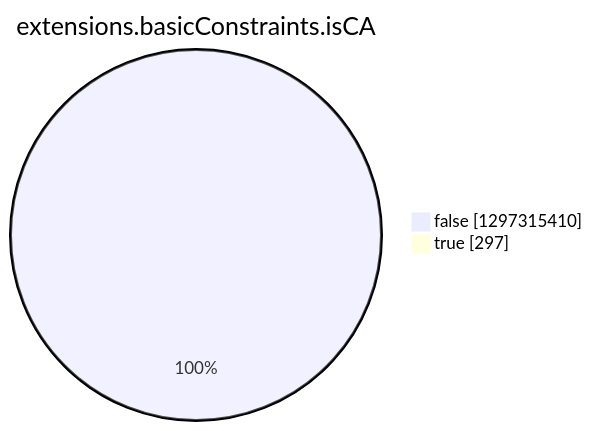
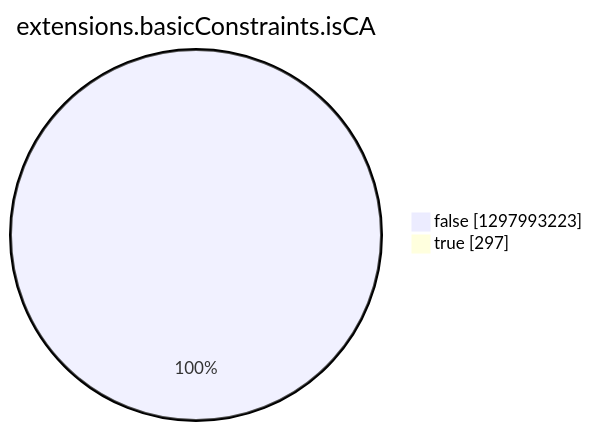
The eighth of 15 diagrams in argon2022/README.md (christiankrug/ctmonitor_visualization), drawn with Mermaid before and after one commit. The commit also changed other lines of this file, not shown here.

````diff
--- a/argon2022/README.md
+++ b/argon2022/README.md
@@ -2757,6 +2757,6 @@
 ```mermaid
 pie showData
 title extensions.basicConstraints.isCA
-"false" :1297315410
+"false" :1297993223
 "true" :297
 ```
````
